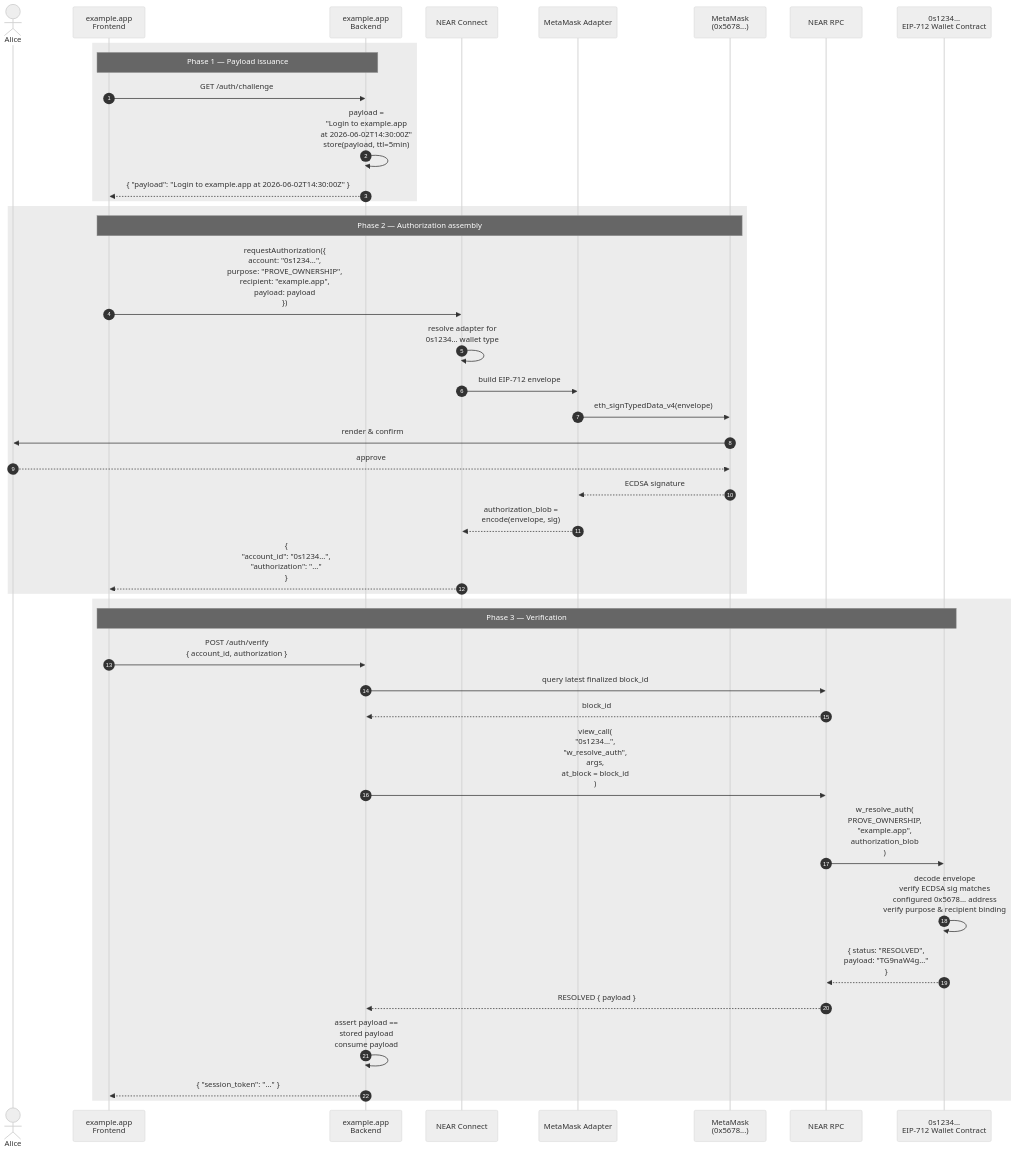
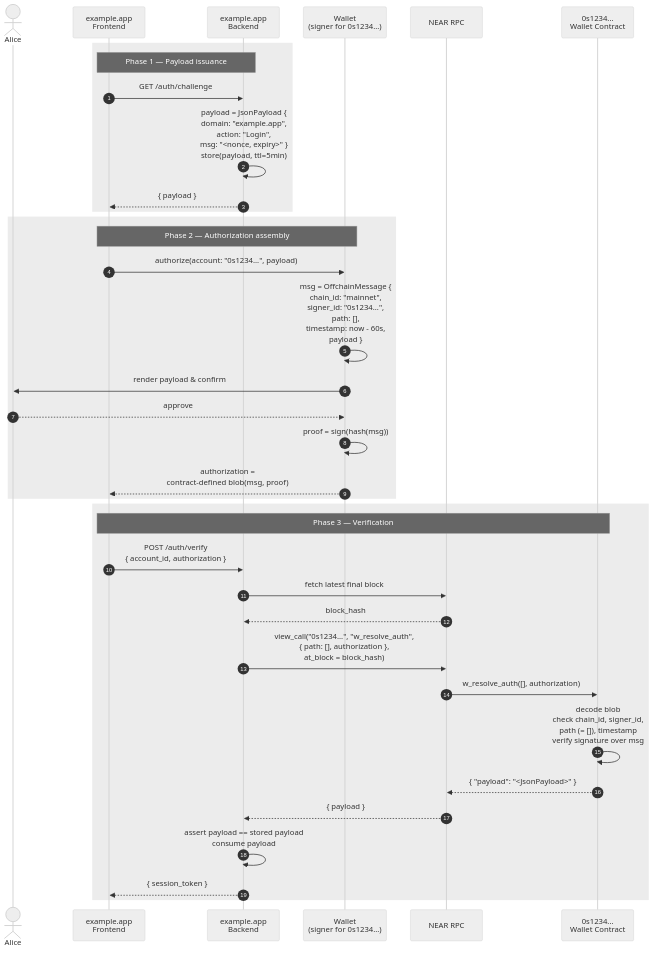
Before and after one commit to near/NEPs: the first of 3 diagrams in neps/nep-0641.md, drawn with Mermaid (neutral theme). The commit also changed other lines of this file, not shown here.

````diff
--- a/neps/nep-0641.md
+++ b/neps/nep-0641.md
@@ -409,46 +439,41 @@
 ```mermaid
 sequenceDiagram
     autonumber
     actor User as Alice
     participant FE as example.app<br/>Frontend
     participant BE as example.app<br/>Backend
-    participant NC as NEAR Connect
-    participant ADP as MetaMask Adapter
-    participant MM as MetaMask<br/>(0x5678...)
+    participant W as Wallet<br/>(signer for 0s1234...)
     participant RPC as NEAR RPC
-    participant WC as 0s1234...<br/>EIP-712 Wallet Contract
+    participant WC as 0s1234...<br/>Wallet Contract
 
     rect rgba(127, 127, 127, 0.15)
     Note over FE,BE: Phase 1 — Payload issuance
     FE->>BE: GET /auth/challenge
-    BE->>BE: payload =<br/>"Login to example.app<br/>at 2026-06-02T14:30:00Z"<br/>store(payload, ttl=5min)
-    BE-->>FE: { "payload": "Login to example.app at 2026-06-02T14:30:00Z" }
+    BE->>BE: payload = JsonPayload {<br/>domain: "example.app",<br/>action: "Login",<br/>msg: "<nonce, expiry>" }<br/>store(payload, ttl=5min)
+    BE-->>FE: { payload }
     end
 
     rect rgba(127, 127, 127, 0.15)
-    Note over FE,MM: Phase 2 — Authorization assembly
-    FE->>NC: requestAuthorization({<br/>  account: "0s1234...",<br/>  purpose: "PROVE_OWNERSHIP",<br/>  recipient: "example.app",<br/>  payload: payload<br/>})
-    NC->>NC: resolve adapter for<br/>0s1234... wallet type
-    NC->>ADP: build EIP-712 envelope
-    ADP->>MM: eth_signTypedData_v4(envelope)
-    MM->>User: render & confirm
-    User-->>MM: approve
-    MM-->>ADP: ECDSA signature
-    ADP-->>NC: authorization_blob =<br/>encode(envelope, sig)
-    NC-->>FE: {<br/>  "account_id": "0s1234...",<br/>  "authorization": "..."<br/>}
+    Note over FE,W: Phase 2 — Authorization assembly
+    FE->>W: authorize(account: "0s1234...", payload)
+    W->>W: msg = OffchainMessage {<br/>chain_id: "mainnet",<br/>signer_id: "0s1234...",<br/>path: [],<br/>timestamp: now - 60s,<br/>payload }
+    W->>User: render payload & confirm
+    User-->>W: approve
+    W->>W: proof = sign(hash(msg))
+    W-->>FE: authorization =<br/>contract-defined blob(msg, proof)
     end
 
     rect rgba(127, 127, 127, 0.15)
     Note over FE,WC: Phase 3 — Verification
     FE->>BE: POST /auth/verify<br/>{ account_id, authorization }
-    BE->>RPC: query latest finalized block_id
-    RPC-->>BE: block_id
-    BE->>RPC: view_call(<br/>  "0s1234...",<br/>  "w_resolve_auth",<br/>  args,<br/>  at_block = block_id<br/>)
-    RPC->>WC: w_resolve_auth(<br/>  PROVE_OWNERSHIP,<br/>  "example.app",<br/>  authorization_blob<br/>)
-    WC->>WC: decode envelope<br/>verify ECDSA sig matches<br/>configured 0x5678... address<br/>verify purpose & recipient binding
-    WC-->>RPC: { status: "RESOLVED",<br/>  payload: "TG9naW4g..."<br/>}
-    RPC-->>BE: RESOLVED { payload }
-    BE->>BE: assert payload ==<br/>stored payload<br/>consume payload
-    BE-->>FE: { "session_token": "..." }
+    BE->>RPC: fetch latest final block
+    RPC-->>BE: block_hash
+    BE->>RPC: view_call("0s1234...", "w_resolve_auth",<br/>{ path: [], authorization },<br/>at_block = block_hash)
+    RPC->>WC: w_resolve_auth([], authorization)
+    WC->>WC: decode blob<br/>check chain_id, signer_id,<br/>path (= []), timestamp<br/>verify signature over msg
+    WC-->>RPC: { "payload": "<JsonPayload>" }
+    RPC-->>BE: { payload }
+    BE->>BE: assert payload == stored payload<br/>consume payload
+    BE-->>FE: { session_token }
     end
 ```
````
